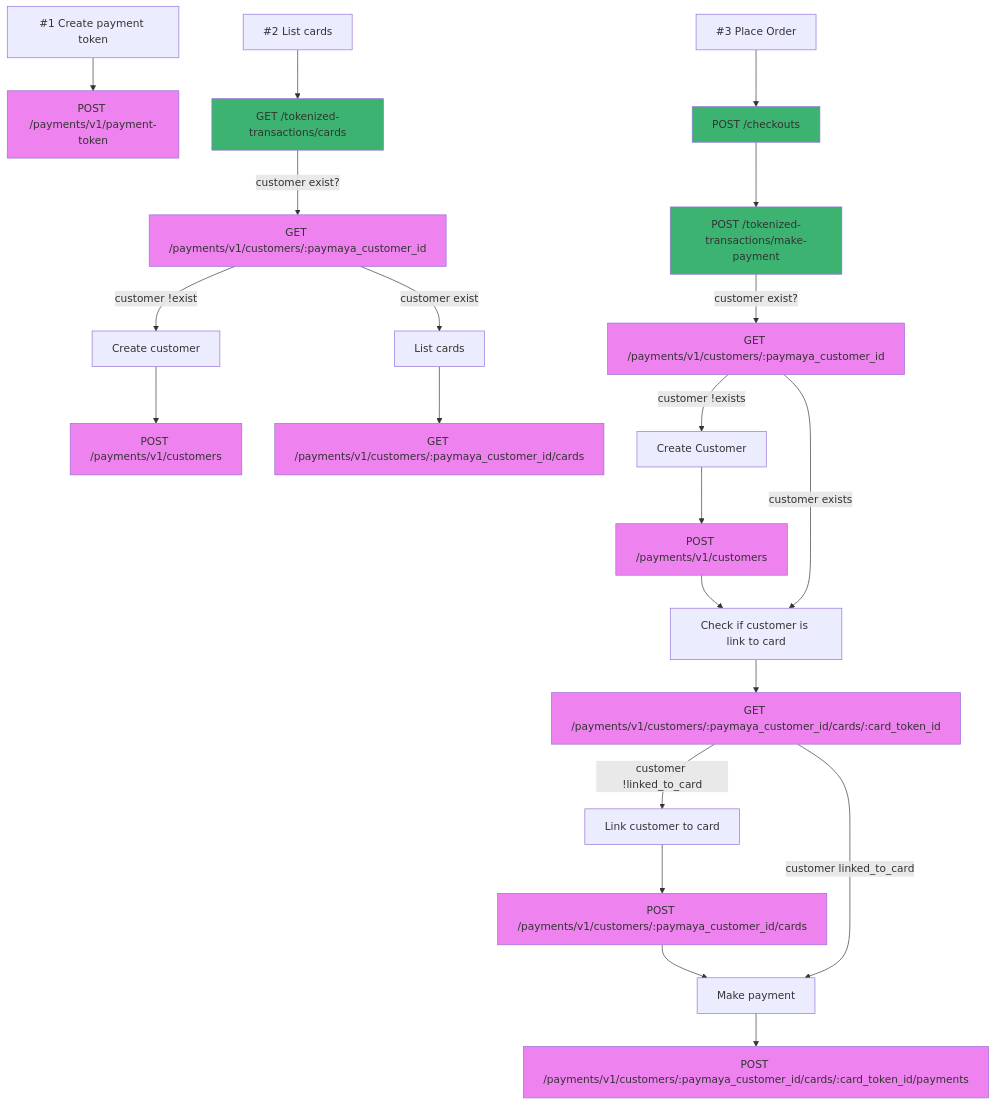
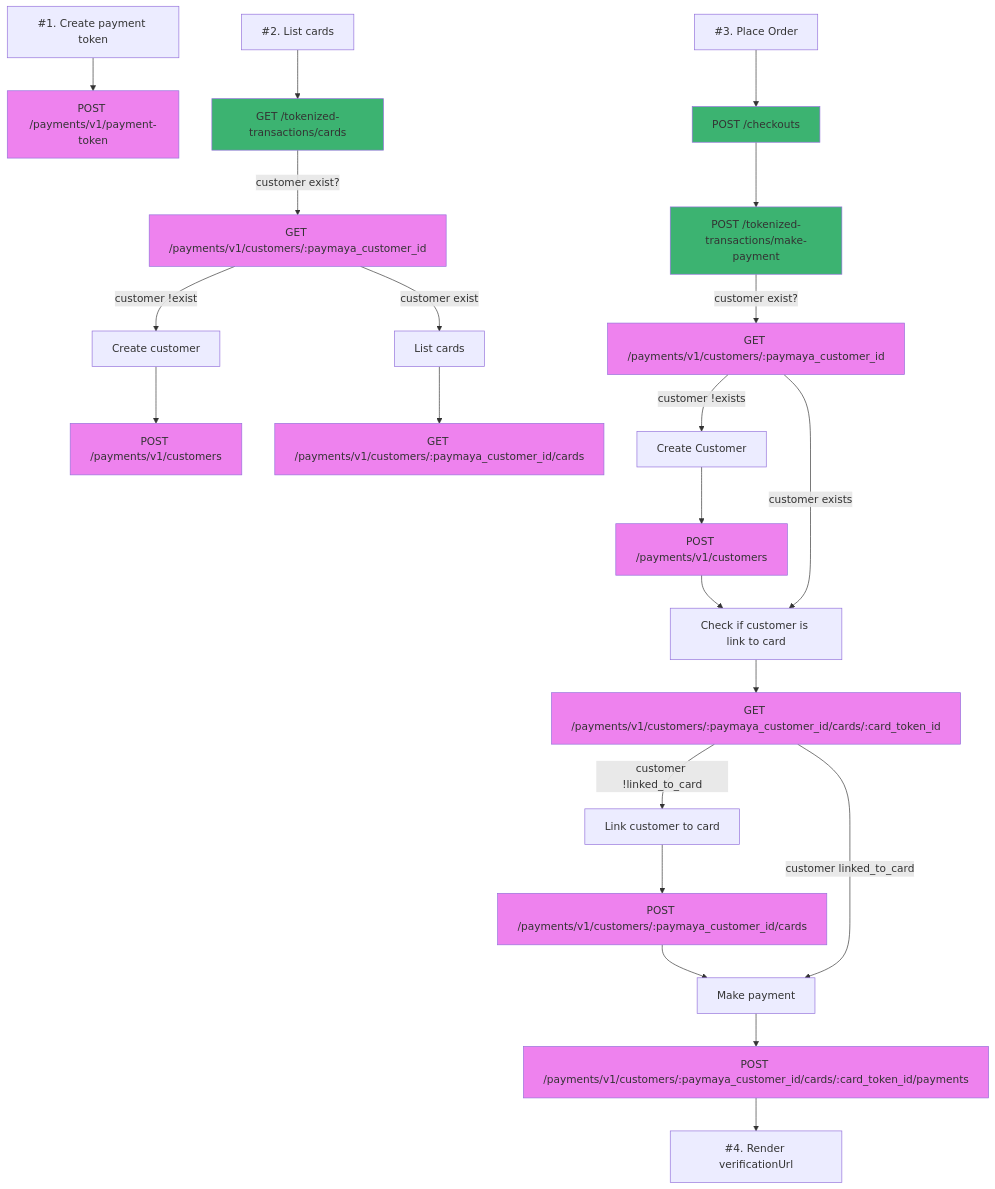
The diagram in maya-payment-card-flow.md (israelcoper/mermaid-diagram), drawn with Mermaid before and after one commit.

````diff
--- a/maya-payment-card-flow.md
+++ b/maya-payment-card-flow.md
@@ -2,38 +2,39 @@
 ```mermaid
 ---
 title:
 ---
 flowchart TB;
     style A1 fill:#ee82ee
     style B1 fill:#3cb371
     style E1 fill:#3cb371
     style F1 fill:#3cb371
     style F2 fill:#ee82ee
     style C fill:#ee82ee
     style D1 fill:#ee82ee
     style D3 fill:#ee82ee
     style G1 fill:#ee82ee
     style H0 fill:#ee82ee
     style H3 fill:#ee82ee
     style H4 fill:#ee82ee
-    A0["#1 Create payment token"]-->A1[POST /payments/v1/payment-token];
-    B0["#2 List cards"]-->B1[GET /tokenized-transactions/cards];
+    A0["#1. Create payment token"]-->A1[POST /payments/v1/payment-token];
+    B0["#2. List cards"]-->B1[GET /tokenized-transactions/cards];
     B1-- customer exist? -->C[GET /payments/v1/customers/:paymaya_customer_id];
     C-- customer !exist -->D0[Create customer];
     D0-->D1[POST /payments/v1/customers];
     C-- customer exist -->D2[List cards];
     D2-->D3[GET /payments/v1/customers/:paymaya_customer_id/cards]
-    E0["#3 Place Order"]-->E1[POST /checkouts];
+    E0["#3. Place Order"]-->E1[POST /checkouts];
     E1-->F1[POST /tokenized-transactions/make-payment];
     F1-- customer exist? -->F2[GET /payments/v1/customers/:paymaya_customer_id];
     F2-- customer !exists -->G0[Create Customer];
     G0-->G1[POST /payments/v1/customers];
     G1-->G2[Check if customer is link to card];
     F2-- customer exists -->G2;
     G2-->H0[GET /payments/v1/customers/:paymaya_customer_id/cards/:card_token_id]
     H0-- customer !linked_to_card -->H1[Link customer to card];
     H1-->H4[POST /payments/v1/customers/:paymaya_customer_id/cards];
     H4-->H2;
     H0-- customer linked_to_card -->H2[Make payment];
     H2-->H3[POST /payments/v1/customers/:paymaya_customer_id/cards/:card_token_id/payments]
+    H3-->I["#4. Render verificationUrl"];
 ```
````
